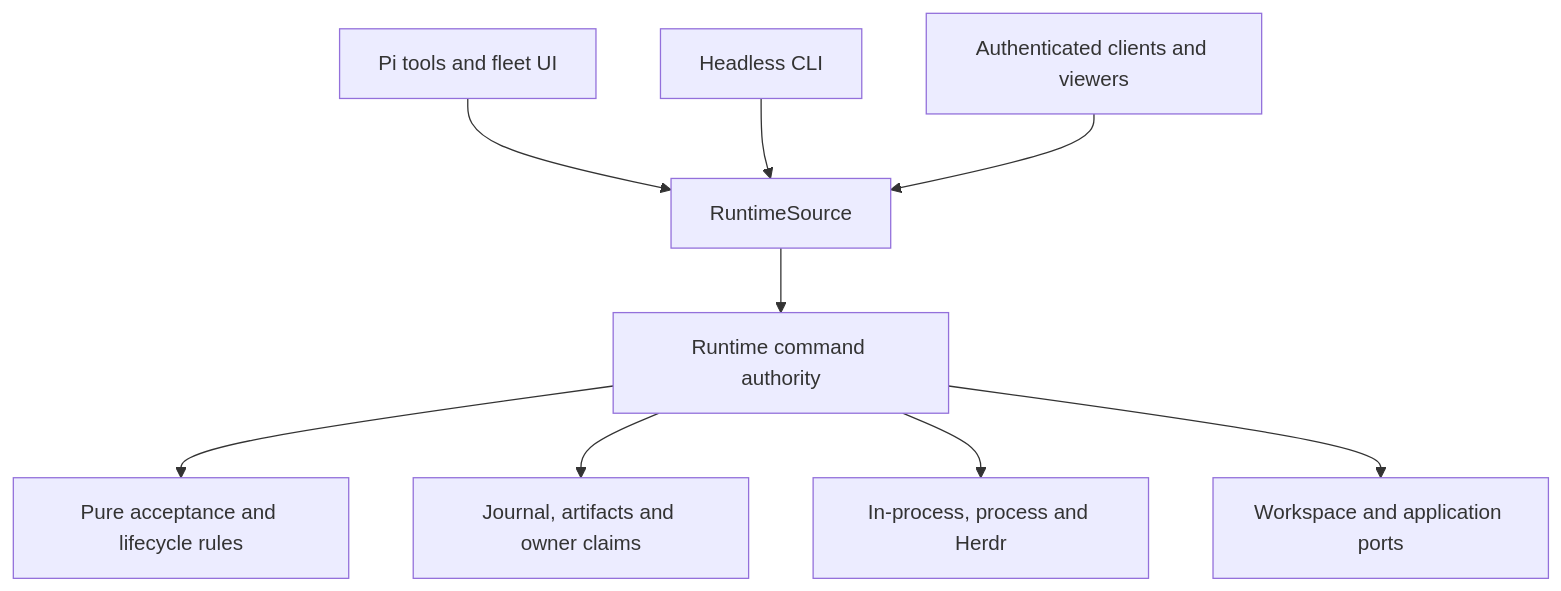
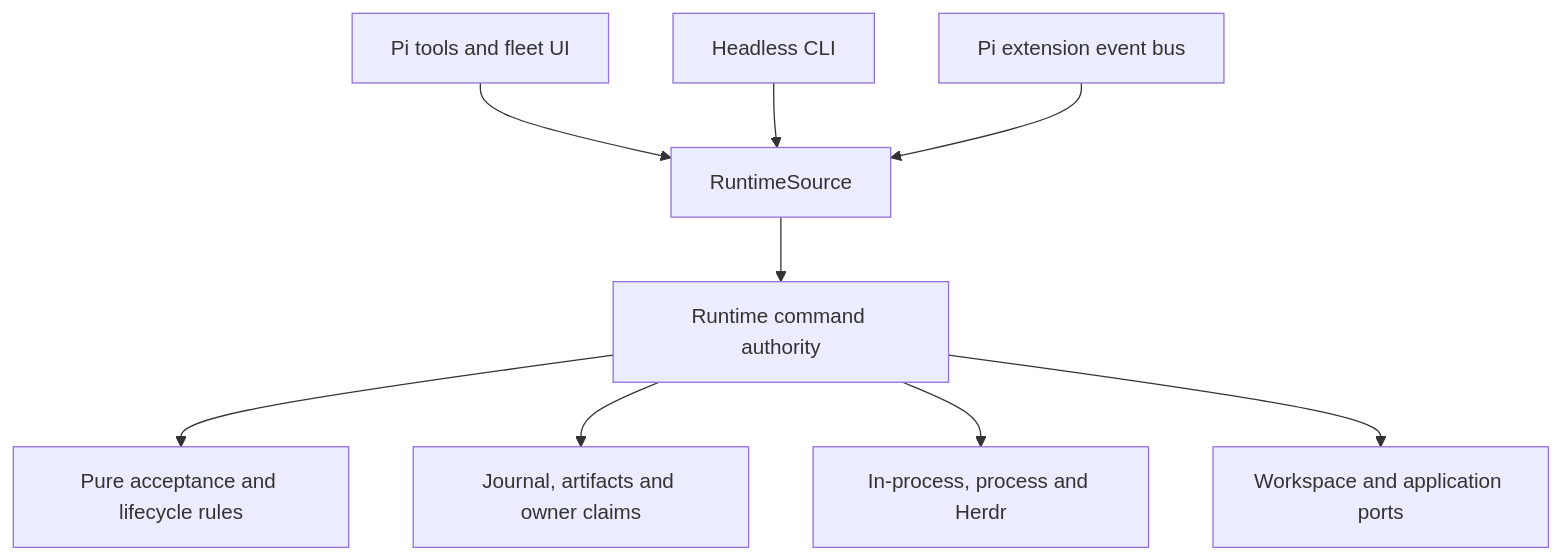
One commit to funsaized/pinata changed the diagram in README.md. Above: the diagram before and after it, drawn with Mermaid. The commit also changed other lines of this file and 79 other files, not shown here.

````diff
--- a/README.md
+++ b/README.md
@@ -1364,11 +1348,11 @@
 ```mermaid
 flowchart TD
   Pi[Pi tools and fleet UI] --> Source[RuntimeSource]
   CLI[Headless CLI] --> Source
-  IPC[Authenticated clients and viewers] --> Source
+  RPC[Pi extension event bus] --> Source
   Source --> Runtime[Runtime command authority]
   Runtime --> Core[Pure acceptance and lifecycle rules]
   Runtime --> Store[Journal, artifacts and owner claims]
   Runtime --> Backends[In-process, process and Herdr]
   Runtime --> Workspace[Workspace and application ports]
 ```
````
